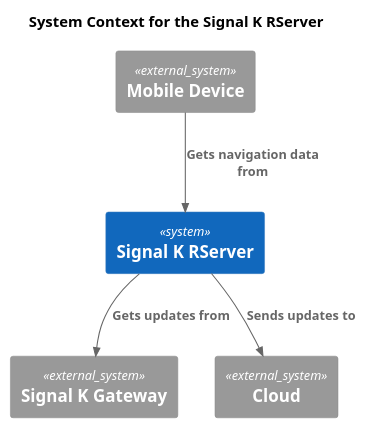
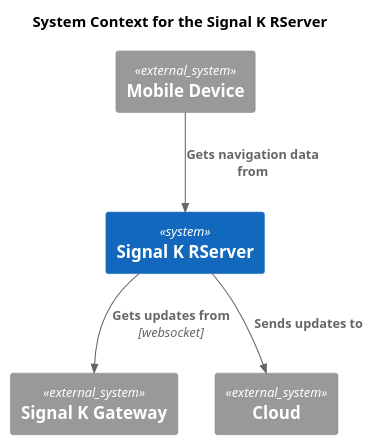
The diagram in docs/context.puml (balp/signalk-rserver), drawn with PlantUML before and after one commit. The commit also changed 6 other files, not shown here.

```diff
--- a/docs/context.puml
+++ b/docs/context.puml
@@ -1,17 +1,17 @@
 @startuml
 !include https://raw.githubusercontent.com/plantuml-stdlib/C4-PlantUML/master/C4_Context.puml
 
 title System Context for the Signal K RServer
 
 System_Ext(signalk_gateway, "Signal K Gateway")
 System(signalk_rserver, "Signal K RServer")
 
 System_Ext(mobile_device, "Mobile Device")
 System_Ext(cloud, "Cloud")
 
 
-Rel(signalk_rserver, signalk_gateway, "Gets updates from")
+Rel(signalk_rserver, signalk_gateway, "Gets updates from", "websocket")
 Rel(signalk_rserver, cloud, "Sends updates to")
 Rel(mobile_device, signalk_rserver, "Gets navigation data from")
 
 @enduml
```
